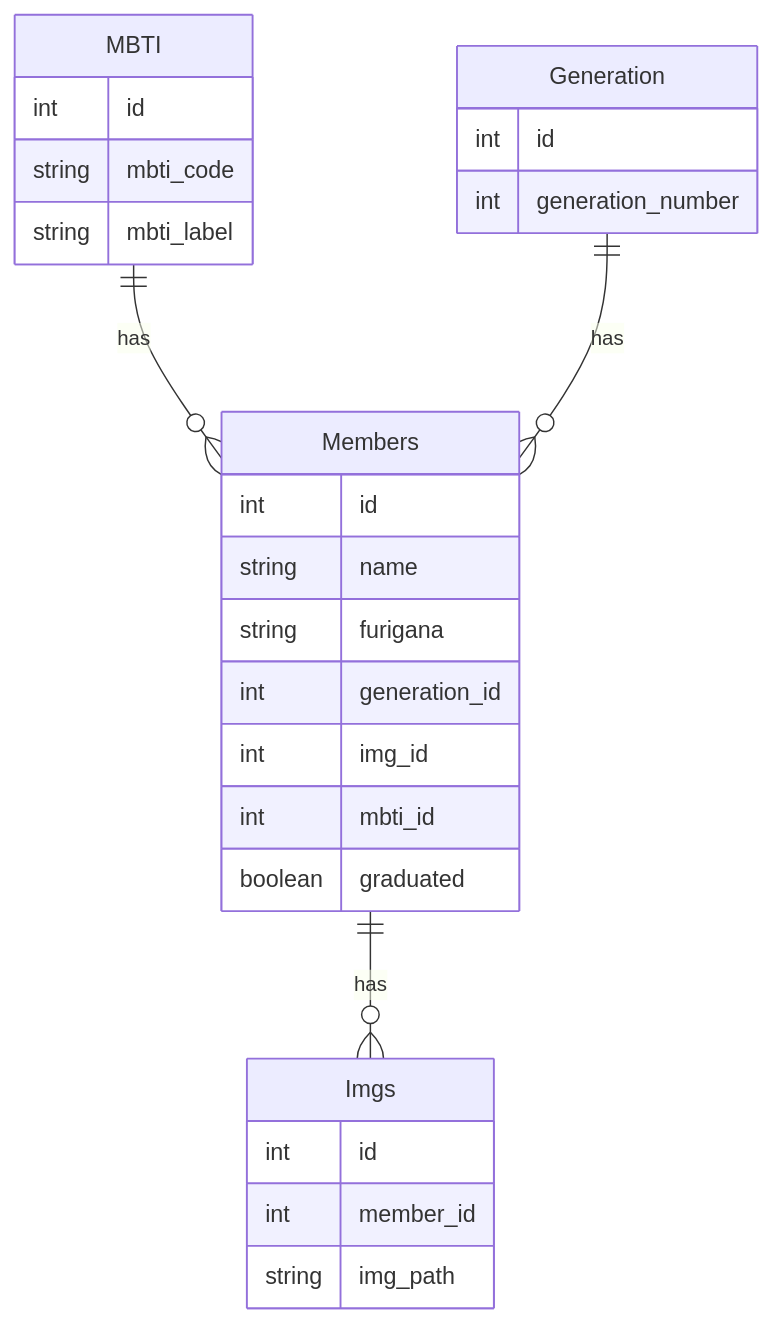
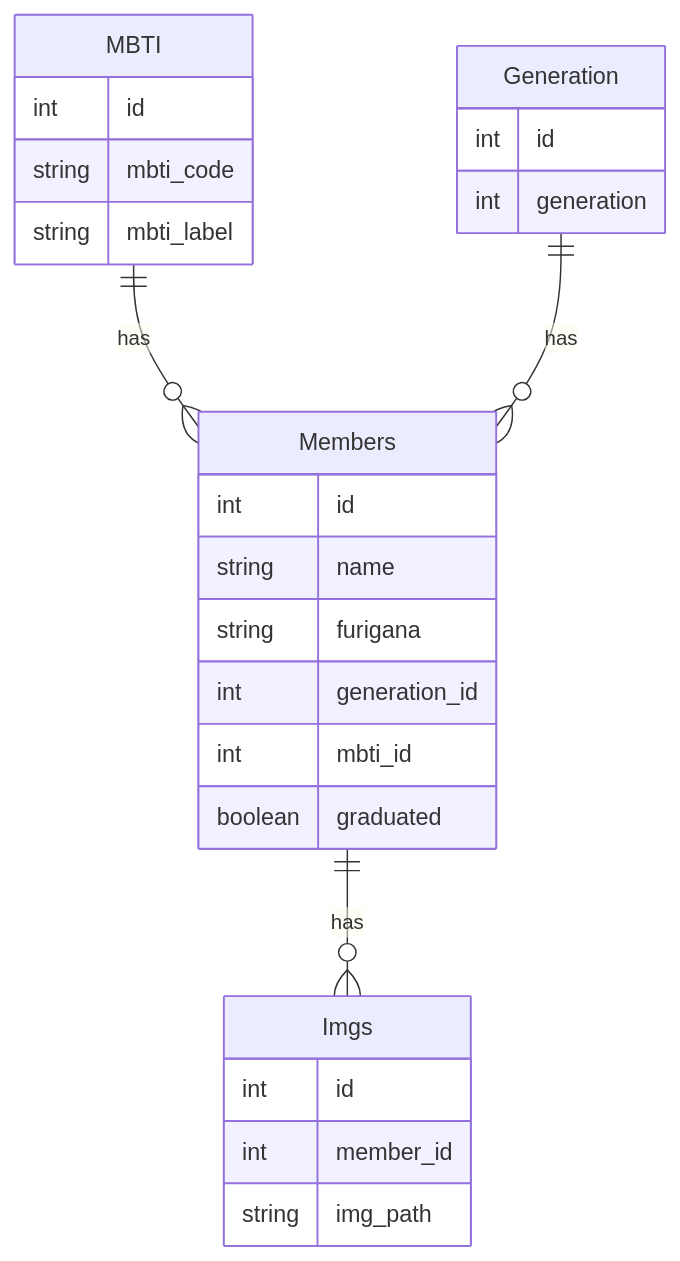
One commit to ryutaKimu/sakuList changed the diagram in mermaid/er.md. Above: the diagram before and after it, drawn with Mermaid.

Commit message:
modify ER diagram

````diff
--- a/mermaid/er.md
+++ b/mermaid/er.md
@@ -3,34 +3,33 @@
 ```mermaid
 erDiagram
     MBTI ||--o{ Members : has
     Generation ||--o{ Members : has
     Members ||--o{ Imgs : has
 
     Members {
         int id
         string name
         string furigana
         int generation_id
-        int img_id
         int mbti_id
         boolean graduated
     }
 
     MBTI {
         int id
         string mbti_code
         string mbti_label
     }
 
     Generation {
         int id
-        int generation_number 
+        int generation
     }
 
     Imgs {
       int id
       int member_id
       string img_path
     }
 
 ```
````
